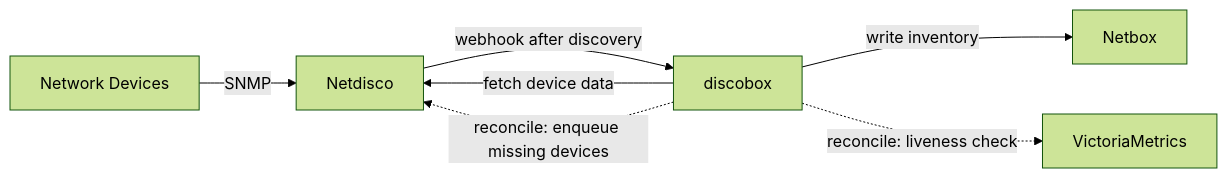
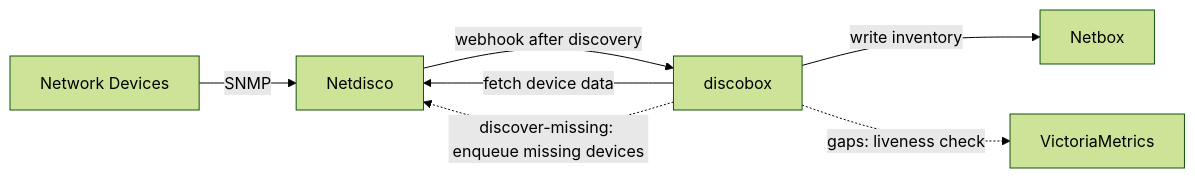
Before and after one commit to zebbra/discobox: the diagram in README.md, drawn with Mermaid (forest theme). The commit also changed 16 other files, not shown here.

First line of the commit message:
Jobs: gaps (compare) and discover-missing (acts on the last gaps result) replace reconcile/compare

````diff
--- a/README.md
+++ b/README.md
@@ -18,15 +18,15 @@
 ```mermaid
 flowchart LR
     DEV["Network Devices"]
     ND["Netdisco"]
     DB["discobox"]
     NB["Netbox"]
     VM["VictoriaMetrics"]
 
     DEV -- SNMP --> ND
     ND -- "webhook after discovery" --> DB
     DB -- "fetch device data" --> ND
     DB -- "write inventory" --> NB
-    DB -. "reconcile: enqueue missing devices" .-> ND
-    DB -. "reconcile: liveness check" .-> VM
+    DB -. "discover-missing: enqueue missing devices" .-> ND
+    DB -. "gaps: liveness check" .-> VM
 ```
````
